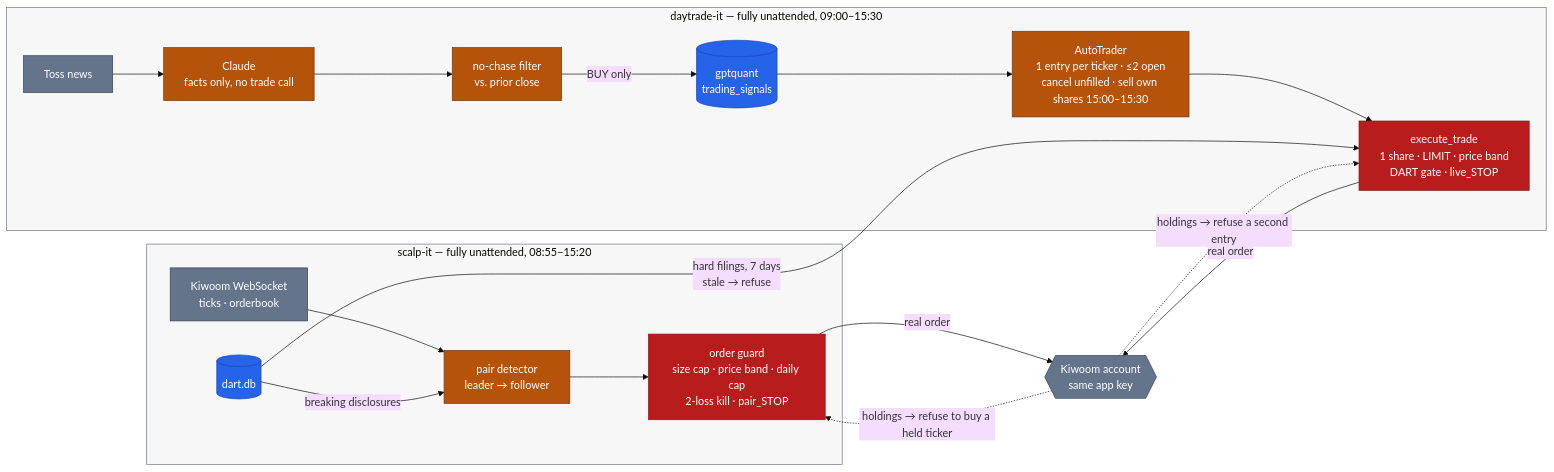
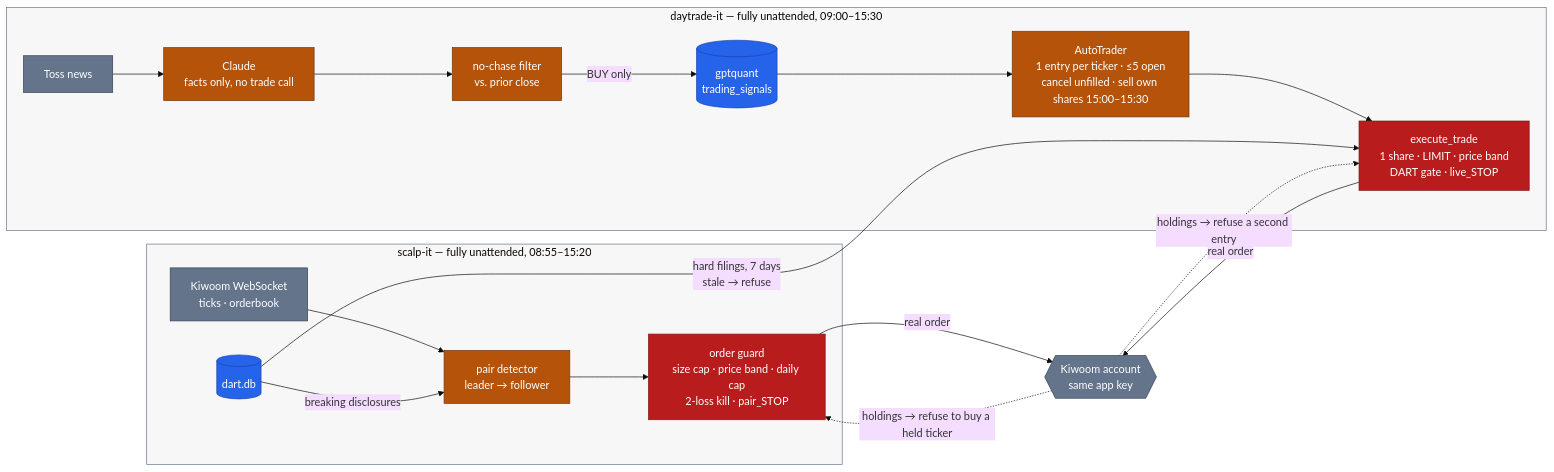
The third of 3 diagrams in README.md (younghwan91/younghwan91), drawn with Mermaid (base theme) before and after one commit. The commit also changed other lines of this file and 1 other file, not shown here.

````diff
--- a/README.md
+++ b/README.md
@@ -158,38 +158,38 @@
 ```mermaid
 flowchart LR
     subgraph SCP ["scalp-it — fully unattended, 08:55–15:20"]
         WS["Kiwoom WebSocket<br/>ticks · orderbook"] --> DET["pair detector<br/>leader → follower"]
         DART[("dart.db")] -->|"breaking disclosures"| DET
         DET --> GRD["order guard<br/>size cap · price band · daily cap<br/>2-loss kill · pair_STOP"]
     end
 
     subgraph DTP ["daytrade-it — fully unattended, 09:00–15:30"]
         TOSS["Toss news"] --> CL["Claude<br/>facts only, no trade call"]
         CL --> TC["no-chase filter<br/>vs. prior close"]
         TC -->|"BUY only"| SIG[("gptquant<br/>trading_signals")]
-        SIG --> AT["AutoTrader<br/>1 entry per ticker · ≤2 open<br/>cancel unfilled · sell own shares 15:00–15:30"]
+        SIG --> AT["AutoTrader<br/>1 entry per ticker · ≤5 open<br/>cancel unfilled · sell own shares 15:00–15:30"]
         AT --> ET["execute_trade<br/>1 share · LIMIT · price band<br/>DART gate · live_STOP"]
     end
 
     ACC{{"Kiwoom account<br/>same app key"}}
 
     DART -->|"hard filings, 7 days<br/>stale → refuse"| ET
 
     GRD -->|"real order"| ACC
     ET -->|"real order"| ACC
     ACC -. "holdings → refuse to buy a held ticker" .-> GRD
     ACC -. "holdings → refuse a second entry" .-> ET
 
     classDef live fill:#B45309,stroke:#78350F,color:#FFFFFF
     classDef store fill:#2563EB,stroke:#1E40AF,color:#FFFFFF
     classDef gate fill:#B91C1C,stroke:#7F1D1D,color:#FFFFFF
     classDef ext fill:#64748B,stroke:#334155,color:#FFFFFF
 
     class DET,CL,TC,AT live
     class DART,SIG store
     class GRD,ET gate
     class WS,TOSS,ACC ext
 
     style SCP fill:#0F172A08,stroke:#64748B
     style DTP fill:#0F172A08,stroke:#64748B
 ```
````
